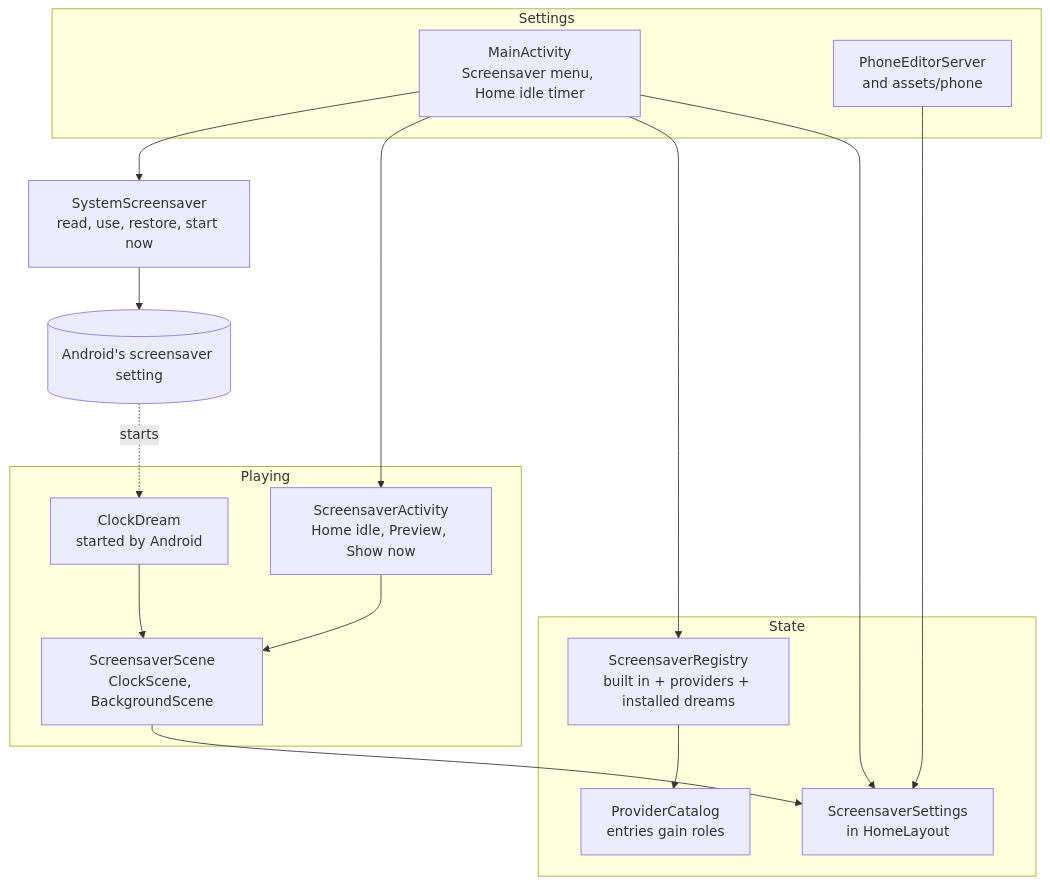
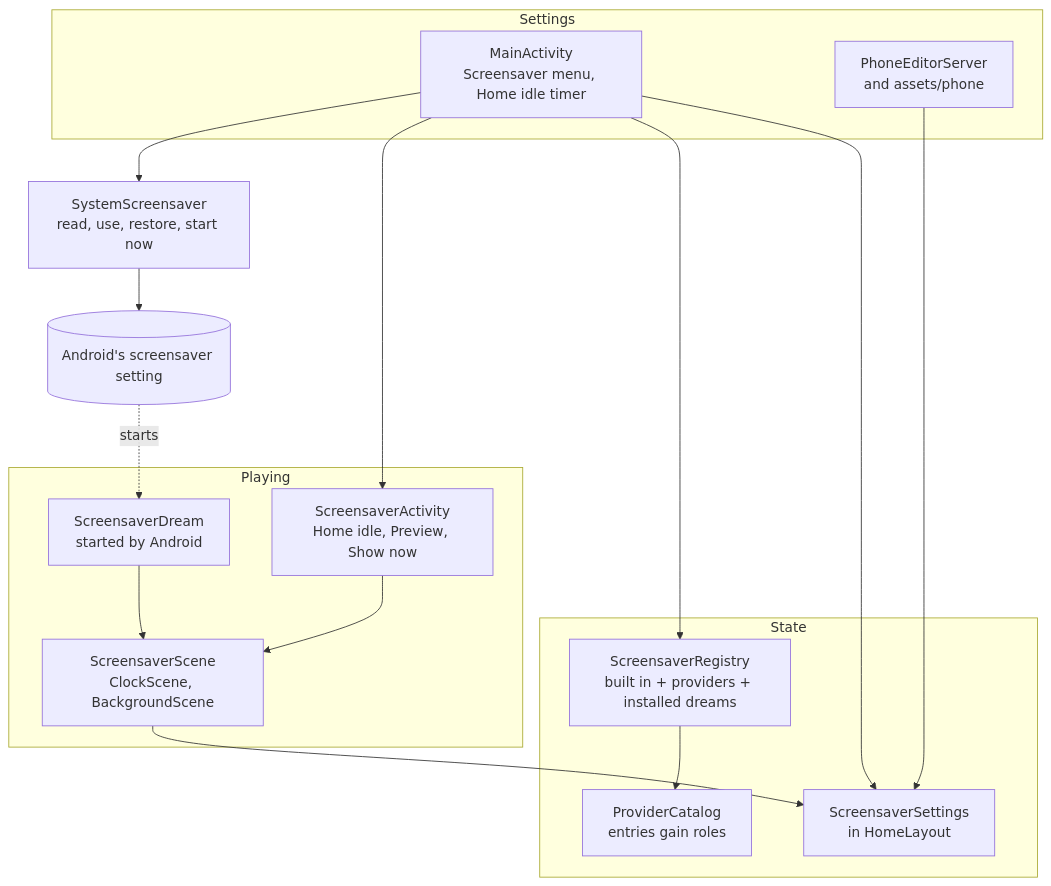
Before and after one commit to wbniv/homeboard-tv: the fifth of 5 diagrams in docs/plans/2026-11-20-screensavers.md, drawn with Mermaid. The commit also changed other lines of this file and 7 other files, not shown here.

First line of the commit message:
Rename ClockDream to ScreensaverDream and drop compatibility claims

````diff
--- a/docs/plans/2026-11-20-screensavers.md
+++ b/docs/plans/2026-11-20-screensavers.md
@@ -285,29 +285,29 @@
 ```mermaid
 flowchart TD
     subgraph Settings
         M[MainActivity<br/>Screensaver menu, Home idle timer]
         PH[PhoneEditorServer<br/>and assets/phone]
     end
     subgraph State
         SS[ScreensaverSettings<br/>in HomeLayout]
         REG[ScreensaverRegistry<br/>built in + providers + installed dreams]
         CAT[ProviderCatalog<br/>entries gain roles]
     end
     subgraph Playing
         ACT[ScreensaverActivity<br/>Home idle, Preview, Show now]
-        DRM[ClockDream<br/>started by Android]
+        DRM[ScreensaverDream<br/>started by Android]
         SC[ScreensaverScene<br/>ClockScene, BackgroundScene]
     end
     SYS[SystemScreensaver<br/>read, use, restore, start now]
     M --> SS
     PH --> SS
     M --> REG
     REG --> CAT
     M --> ACT
     M --> SYS
     ACT --> SC
     DRM --> SC
     SC --> SS
     SYS --> AND[(Android's screensaver setting)]
     AND -.->|starts| DRM
 ```
````
